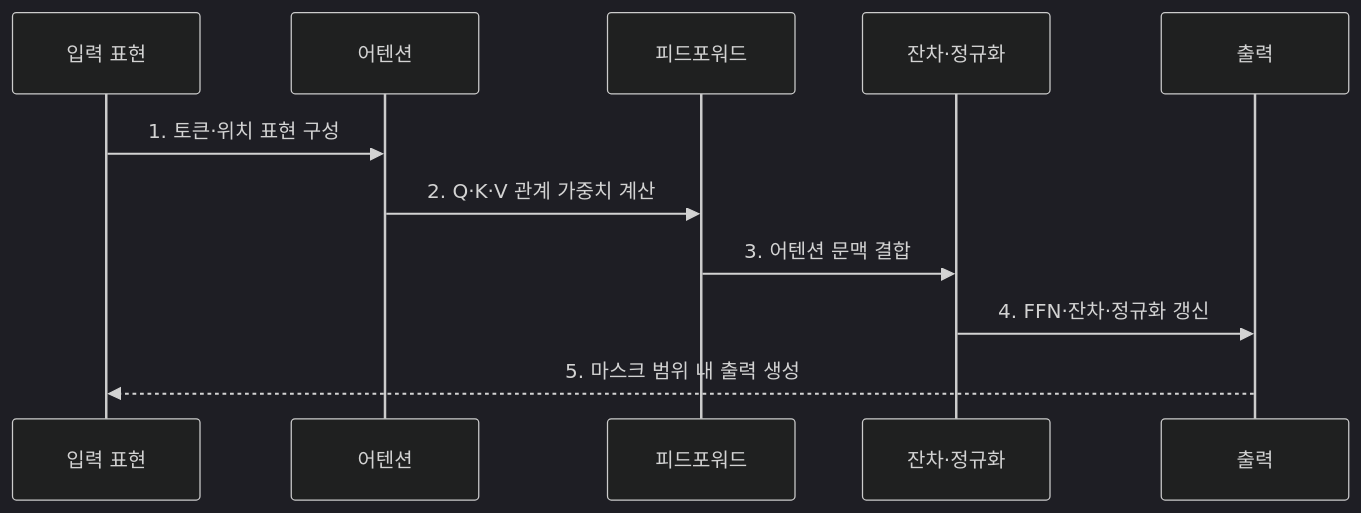
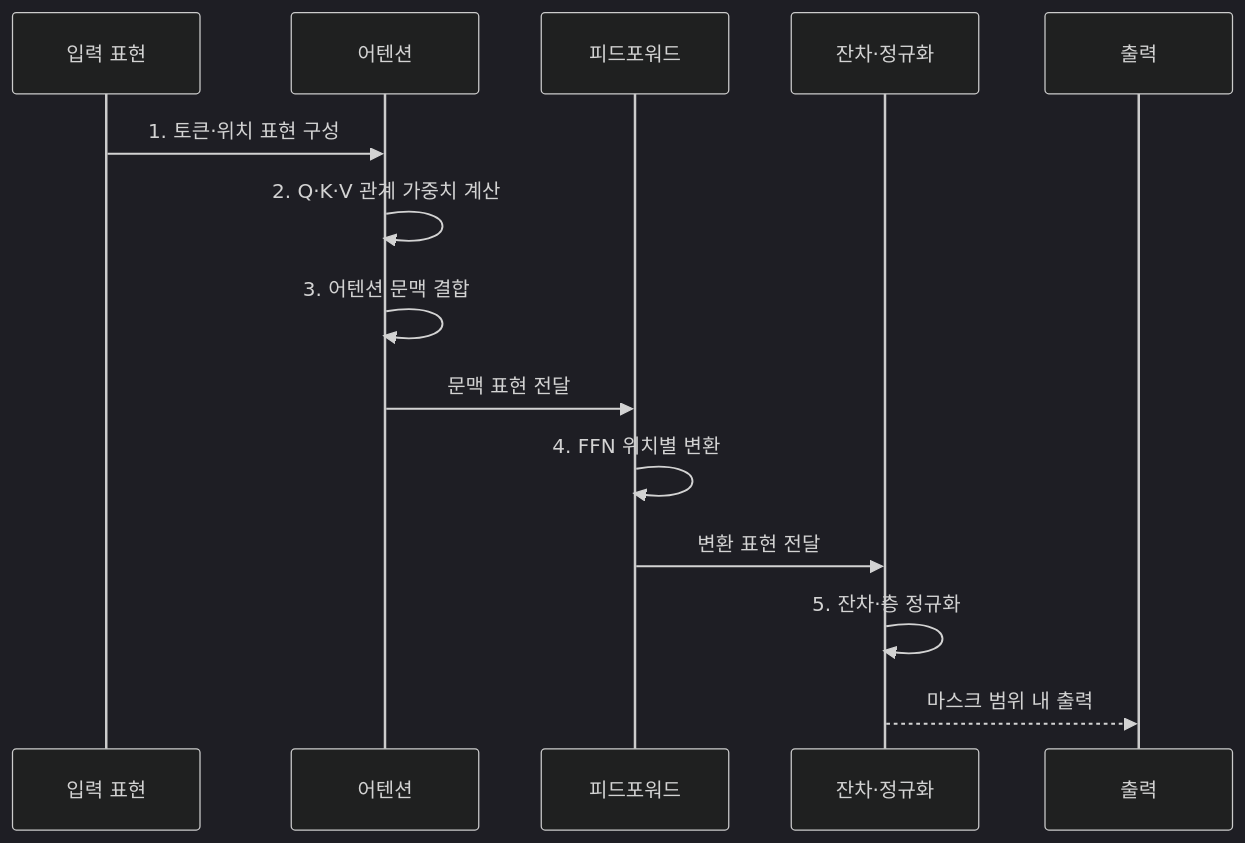
Before and after one commit to agnusdei1207/knowledge-base: the second of 2 diagrams in src/content/docs/notes/08-latest-tech/027_transformer.md, drawn with Mermaid (dark theme). The commit also changed other lines of this file and 225 other files, not shown here.

````diff
--- a/src/content/docs/notes/08-latest-tech/027_transformer.md
+++ b/src/content/docs/notes/08-latest-tech/027_transformer.md
@@ -76,13 +77,16 @@
 ```mermaid
 sequenceDiagram
     participant I as 입력 표현
     participant A as 어텐션
     participant F as 피드포워드
     participant S as 잔차·정규화
     participant O as 출력
     I->>A: 1. 토큰·위치 표현 구성
-    A->>F: 2. Q·K·V 관계 가중치 계산
-    F->>S: 3. 어텐션 문맥 결합
-    S->>O: 4. FFN·잔차·정규화 갱신
-    O-->>I: 5. 마스크 범위 내 출력 생성
+    A->>A: 2. Q·K·V 관계 가중치 계산
+    A->>A: 3. 어텐션 문맥 결합
+    A->>F: 문맥 표현 전달
+    F->>F: 4. FFN 위치별 변환
+    F->>S: 변환 표현 전달
+    S->>S: 5. 잔차·층 정규화
+    S-->>O: 마스크 범위 내 출력
 ```
````
